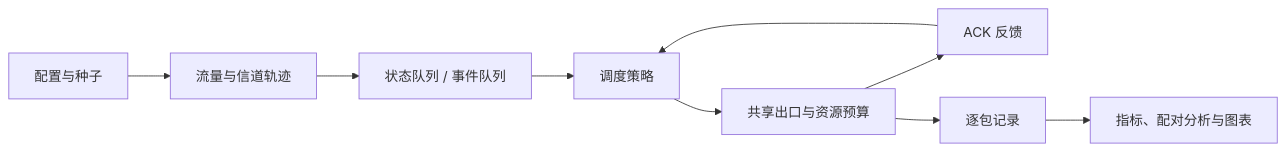
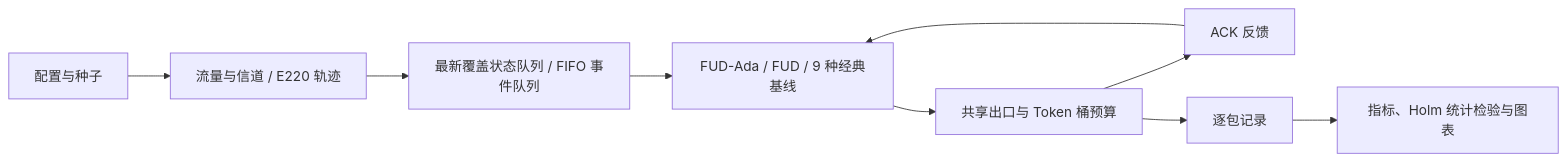
Before and after one commit to Sver0411/NetAdapt-IoT: the diagram in README.zh-CN.md, drawn with Mermaid. The commit also changed other lines of this file and 1 other file, not shown here.

````diff
--- a/README.zh-CN.md
+++ b/README.zh-CN.md
@@ -104,11 +44,11 @@
 ```mermaid
 flowchart LR
-    CFG["配置与种子"] --> TRACE["流量与信道轨迹"]
-    TRACE --> QUEUE["状态队列 / 事件队列"]
-    QUEUE --> SCHED["调度策略"]
-    SCHED --> LINK["共享出口与资源预算"]
+    CFG["配置与种子"] --> TRACE["流量与信道 / E220 轨迹"]
+    TRACE --> QUEUE["最新覆盖状态队列 / FIFO 事件队列"]
+    QUEUE --> SCHED["FUD-Ada / FUD / 9 种经典基线"]
+    SCHED --> LINK["共享出口与 Token 桶预算"]
     LINK --> ACK["ACK 反馈"]
     ACK --> SCHED
     LINK --> LOG["逐包记录"]
-    LOG --> ANALYSIS["指标、配对分析与图表"]
+    LOG --> ANALYSIS["指标、Holm 统计检验与图表"]
 ```
````
